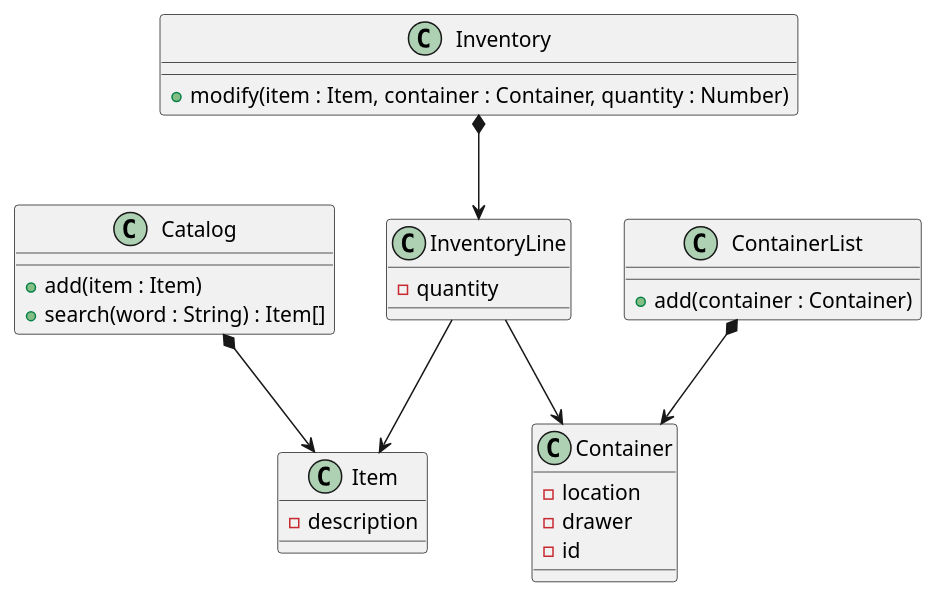
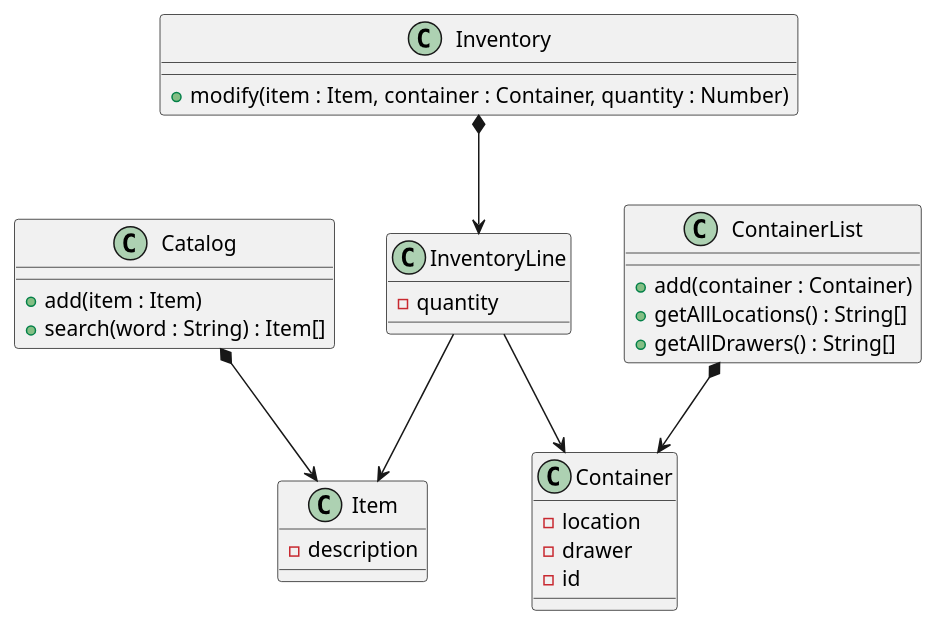
The diagram in docs/classes.puml (IEPSCF-Uccle-PROJWEB2-S1-2021/fablab-components), drawn with PlantUML before and after one commit. The commit also changed 2 other files, not shown here.

```diff
--- a/docs/classes.puml
+++ b/docs/classes.puml
@@ -1,29 +1,31 @@
 @startuml classes
 class Catalog {
   + add(item : Item)
   + search(word : String) : Item[]
 }
 class Item {
   -description
 }
 class ContainerList {
   + add(container : Container)
+  + getAllLocations() : String[]
+  + getAllDrawers() : String[]
 }
 class Container {
   -location
   -drawer
   -id
 }
 class Inventory {
   + modify(item : Item, container : Container, quantity : Number)
 }
 class InventoryLine {
   -quantity
 }
 
 Catalog *--> Item
 ContainerList *--> Container
 Inventory *--> InventoryLine
 InventoryLine --> Container
 InventoryLine --> Item
 @enduml
```
